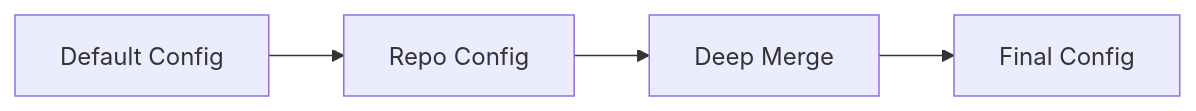
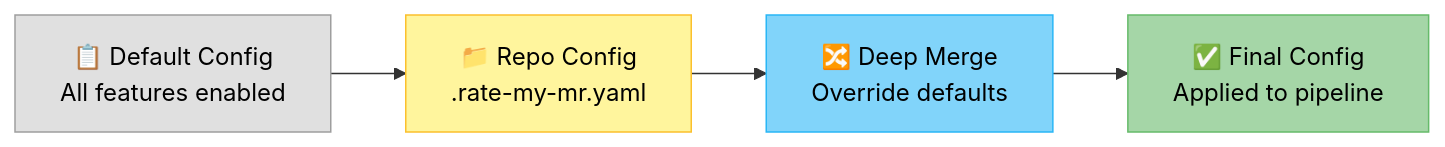
The fourth of 6 diagrams in ARCHITECTURE.md (vigneshpalanivelr/commit-validator), drawn with Mermaid before and after one commit. The commit also changed other lines of this file and 2 other files, not shown here.

````diff
--- a/ARCHITECTURE.md
+++ b/ARCHITECTURE.md
@@ -186,6 +253,16 @@
 ```mermaid
 flowchart LR
-    A[Default Config] --> B[Repo Config]
-    B --> C[Deep Merge]
-    C --> D[Final Config]
+    A[📋 Default Config<br/>All features enabled] --> B[📁 Repo Config<br/>.rate-my-mr.yaml]
+    B --> C[🔀 Deep Merge<br/>Override defaults]
+    C --> D[✅ Final Config<br/>Applied to pipeline]
+
+    classDef default fill:#e0e0e0,stroke:#9e9e9e,color:#000
+    classDef repo fill:#fff59d,stroke:#fbc02d,color:#000
+    classDef merge fill:#81d4fa,stroke:#29b6f6,color:#000
+    classDef final fill:#a5d6a7,stroke:#66bb6a,color:#000
+
+    class A default
+    class B repo
+    class C merge
+    class D final
 ```
````
